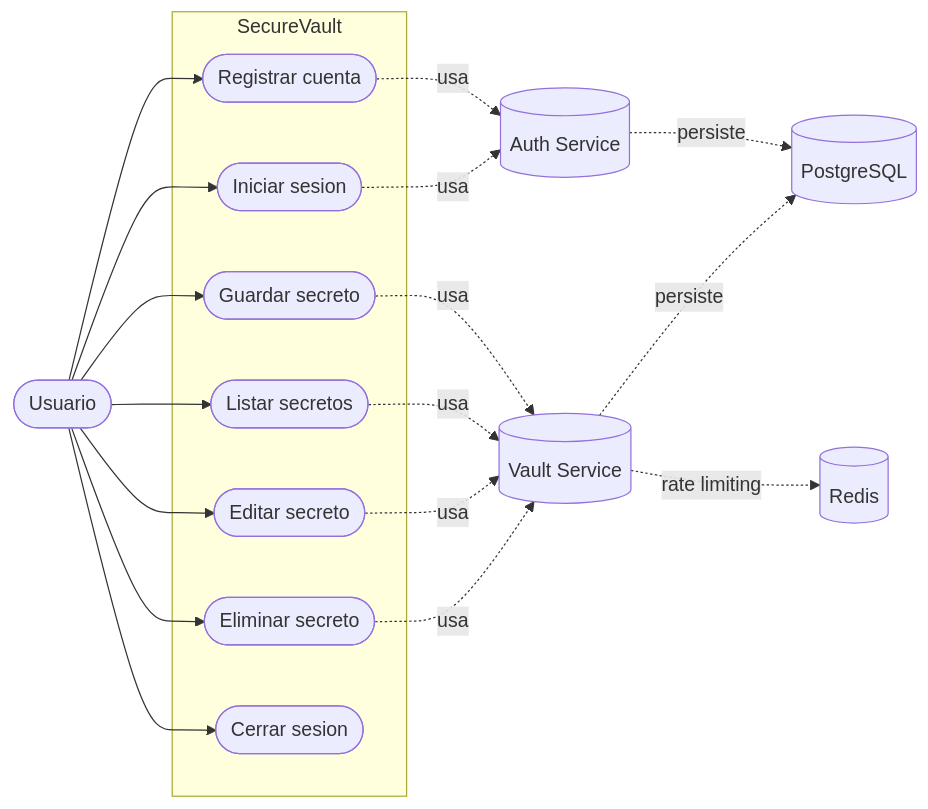
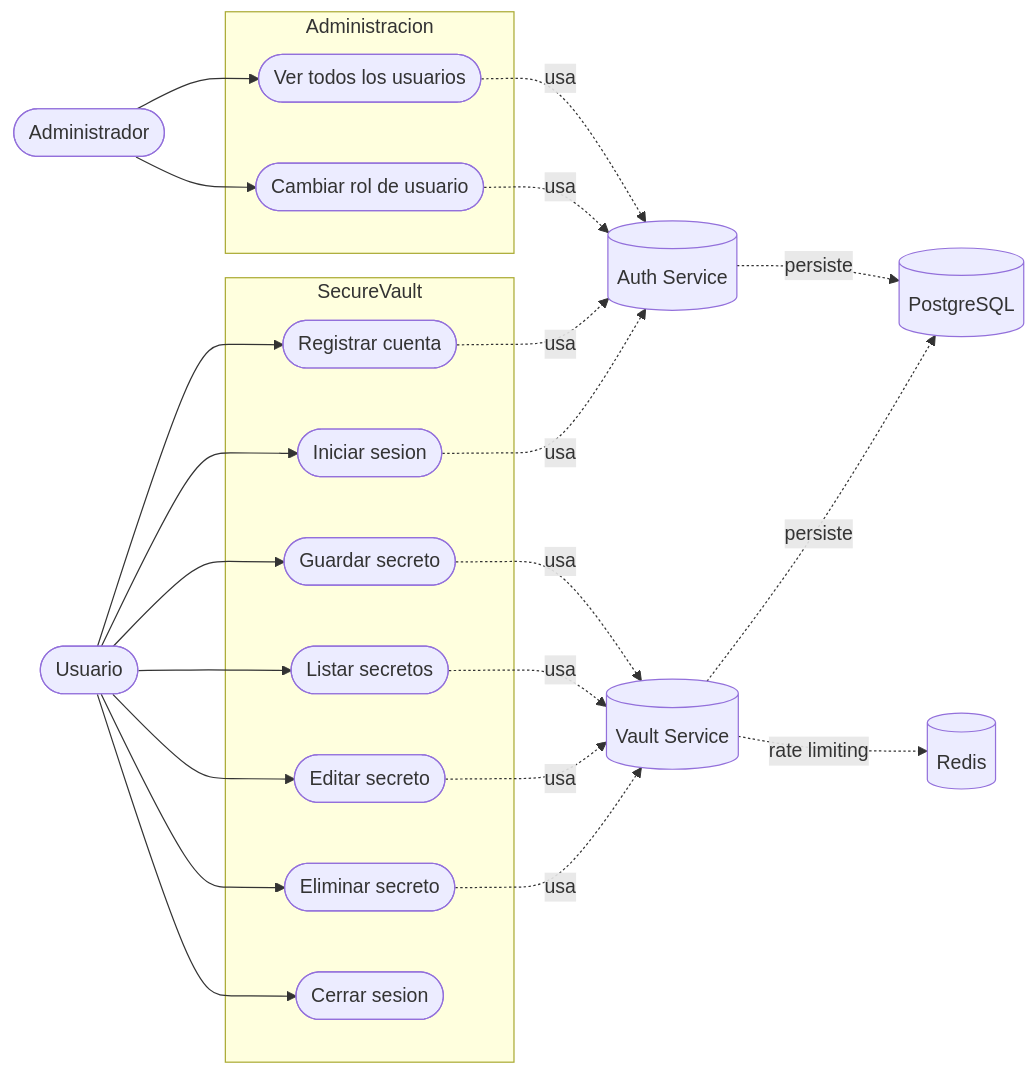
The first of 6 diagrams in docs/02_Manual_Tecnico.md (johngutierrez80/Securevault-pro), drawn with Mermaid before and after one commit. The commit also changed other lines of this file and 4 other files, not shown here.

First line of the commit message:
docs: actualizar todos los manuales con RBAC, admin panel y cambios v1.0

````diff
--- a/docs/02_Manual_Tecnico.md
+++ b/docs/02_Manual_Tecnico.md
@@ -30,33 +30,42 @@
 ```mermaid
 flowchart LR
     U([Usuario])
 
     subgraph SV[SecureVault]
         UC1([Registrar cuenta])
         UC2([Iniciar sesion])
         UC3([Guardar secreto])
         UC4([Listar secretos])
         UC5([Editar secreto])
         UC6([Eliminar secreto])
         UC7([Cerrar sesion])
     end
 
+    subgraph ADM[Administracion]
+        UC8([Ver todos los usuarios])
+        UC9([Cambiar rol de usuario])
+    end
+
     U --> UC1
     U --> UC2
     U --> UC3
     U --> UC4
     U --> UC5
     U --> UC6
     U --> UC7
+    Admin([Administrador]) --> UC8
+    Admin --> UC9
 
     UC1 -. usa .-> A[(Auth Service)]
     UC2 -. usa .-> A
     UC3 -. usa .-> V[(Vault Service)]
     UC4 -. usa .-> V
     UC5 -. usa .-> V
     UC6 -. usa .-> V
+    UC8 -. usa .-> A
+    UC9 -. usa .-> A
 
     A -. persiste .-> DB[(PostgreSQL)]
     V -. persiste .-> DB
     V -. rate limiting .-> R[(Redis)]
 ```
````
